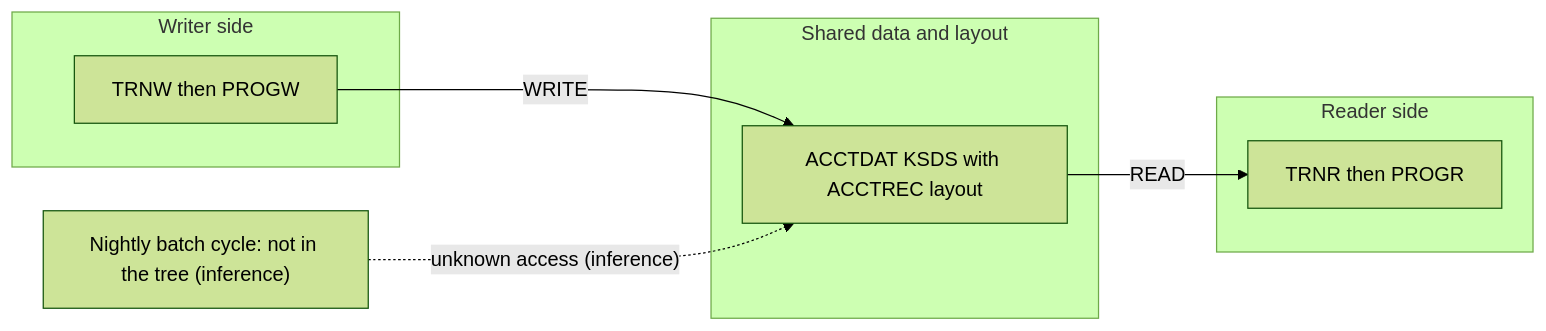
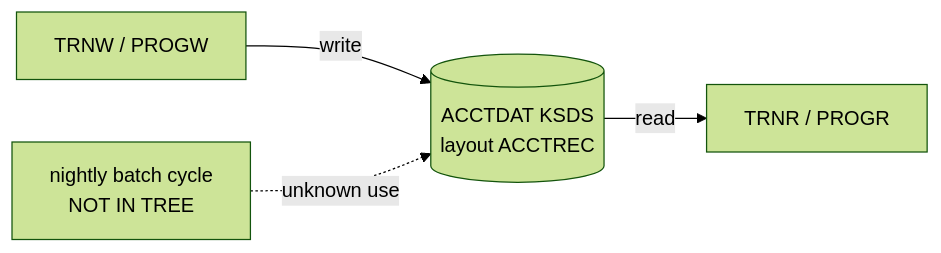
Before and after one commit to Sparq-Holding-Inc/claude-legacy-modernization: the diagram in evals/runs/05-vsam-cics-pair/modernization-assessment/02-coupling.md, drawn with Mermaid (forest theme). The commit also changed other lines of this file and 252 other files, not shown here.

````diff
--- a/evals/runs/05-vsam-cics-pair/modernization-assessment/02-coupling.md
+++ b/evals/runs/05-vsam-cics-pair/modernization-assessment/02-coupling.md
@@ -35,16 +45,6 @@
 ```mermaid
 graph LR
-  subgraph W["Writer side"]
-    TRNW["TRNW then PROGW"]
-  end
-  subgraph D["Shared data and layout"]
-    KSDS["ACCTDAT KSDS with ACCTREC layout"]
-  end
-  subgraph R["Reader side"]
-    TRNR["TRNR then PROGR"]
-  end
-  BATCH["Nightly batch cycle: not in the tree (inference)"]
-  TRNW -->|"WRITE"| KSDS
-  KSDS -->|"READ"| TRNR
-  BATCH -.->|"unknown access (inference)"| KSDS
+  TRNW[TRNW / PROGW] -- write --> KSDS[(ACCTDAT KSDS<br/>layout ACCTREC)]
+  KSDS -- read --> TRNR[TRNR / PROGR]
+  BATCH[nightly batch cycle<br/>NOT IN TREE] -. unknown use .-> KSDS
 ```
````
